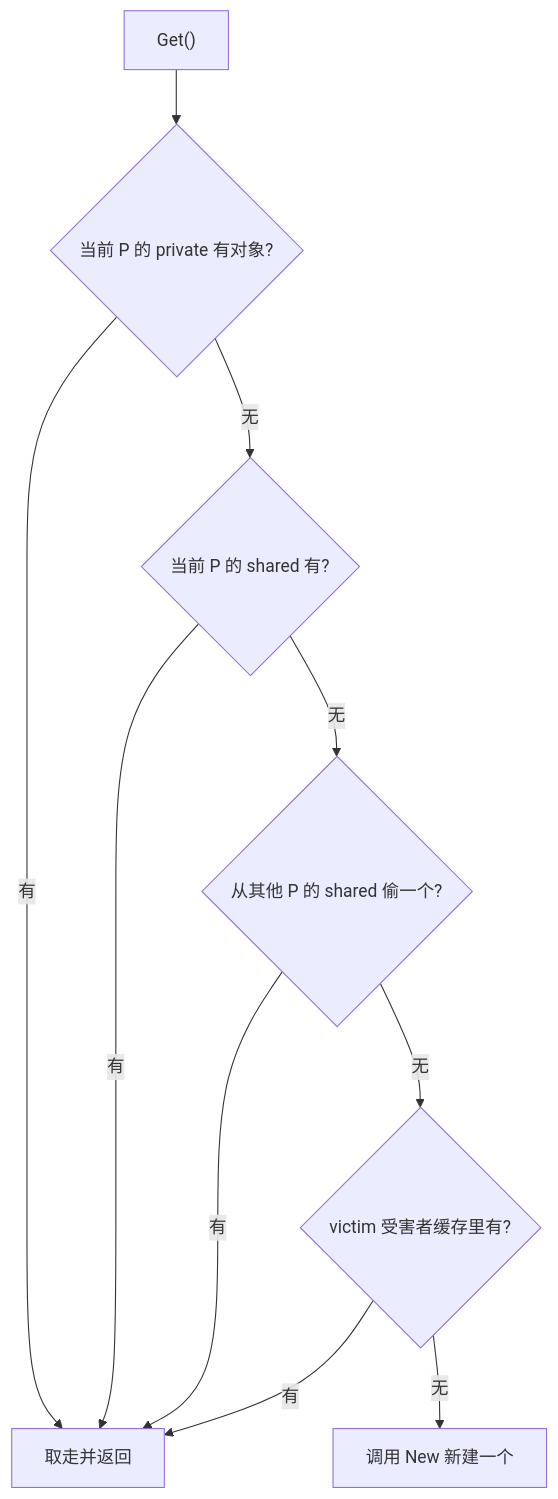
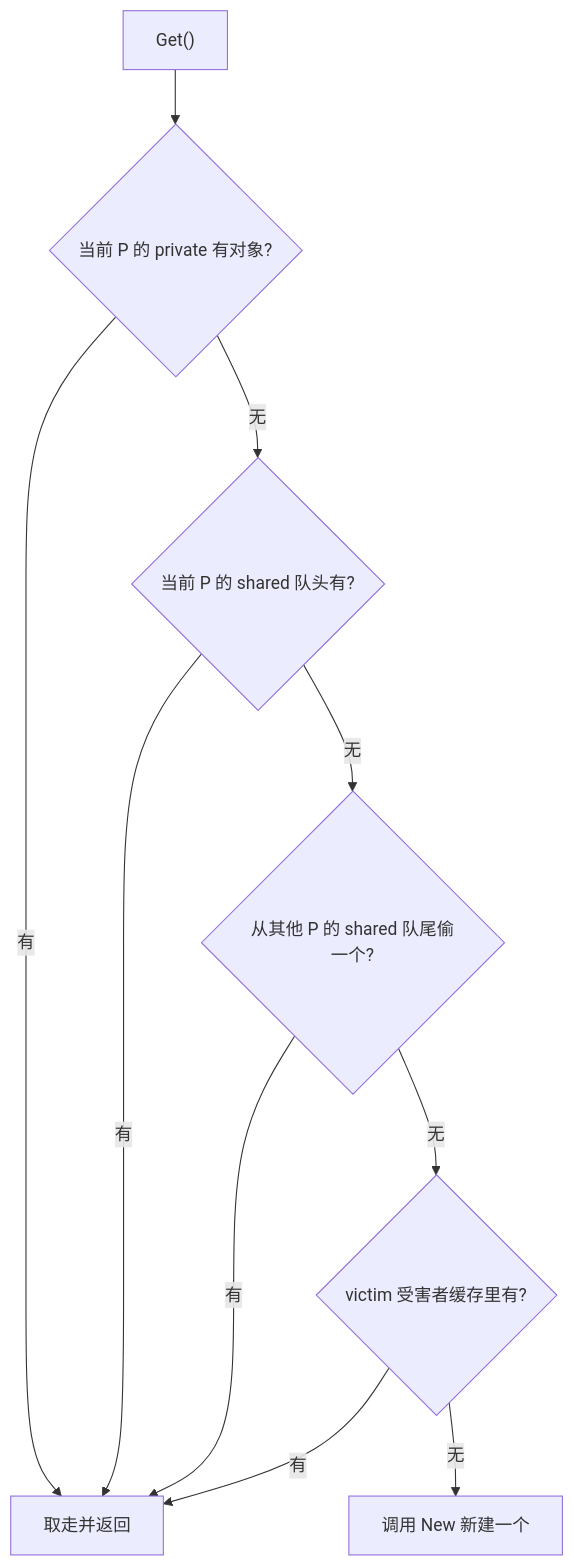
Before and after one commit to golang-design/under-the-hood: the diagram in book/zh-cn/part3concurrency/ch11sync/pool.md, drawn with Mermaid. The commit also changed other lines of this file and 7 other files, not shown here.

````diff
--- a/book/zh-cn/part3concurrency/ch11sync/pool.md
+++ b/book/zh-cn/part3concurrency/ch11sync/pool.md
@@ -46,12 +98,12 @@
 ```mermaid
 flowchart TD
     GET["Get()"] --> PRIV{当前 P 的 private 有对象?}
     PRIV -->|有| R[取走并返回]
-    PRIV -->|无| SHARED{当前 P 的 shared 有?}
+    PRIV -->|无| SHARED{当前 P 的 shared 队头有?}
     SHARED -->|有| R
-    SHARED -->|无| STEAL{从其他 P 的 shared 偷一个?}
+    SHARED -->|无| STEAL{从其他 P 的 shared 队尾偷一个?}
     STEAL -->|有| R
     STEAL -->|无| VICTIM{victim 受害者缓存里有?}
     VICTIM -->|有| R
     VICTIM -->|无| NEW["调用 New 新建一个"]
 ```
````
